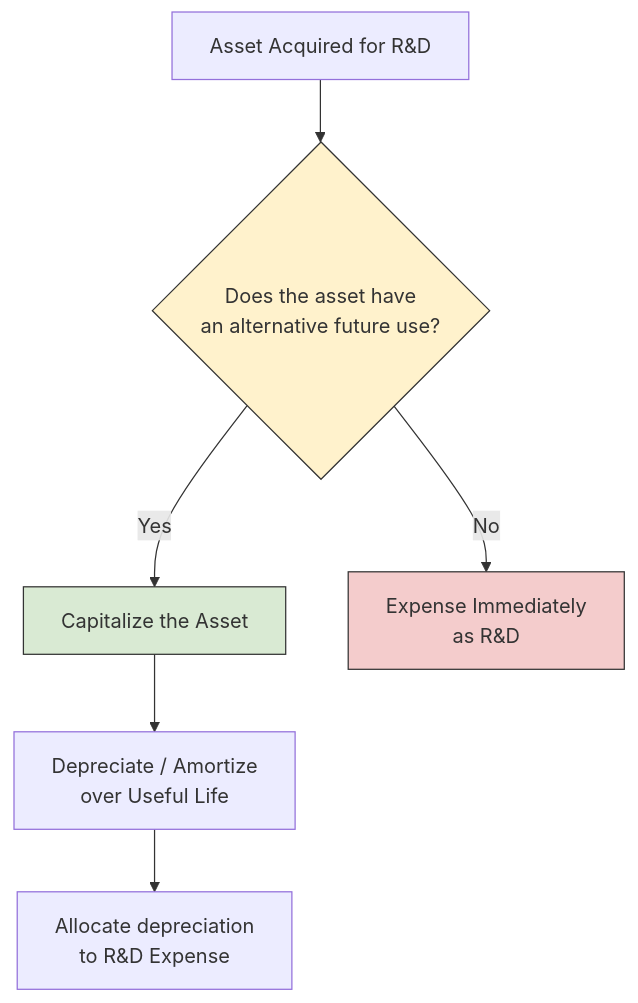
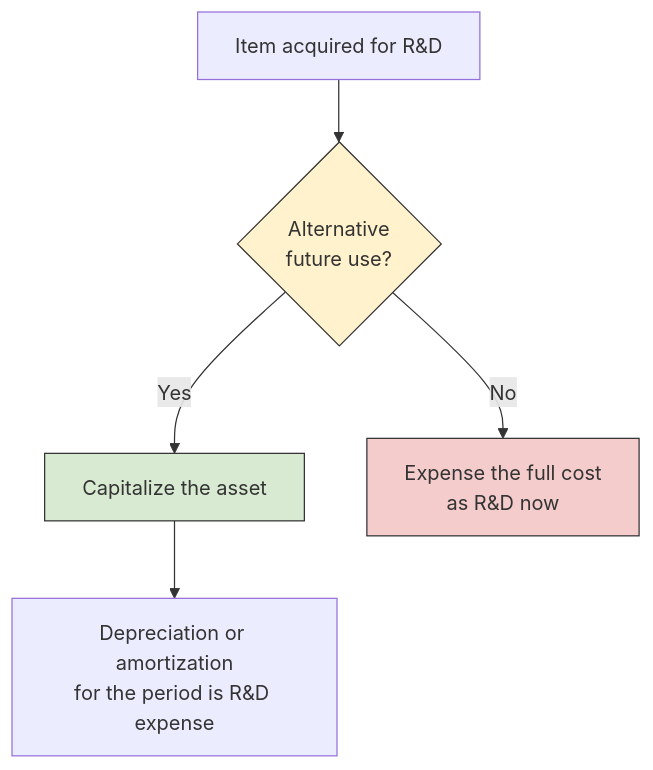
Before and after one commit to subwaymatch/cpabear-book: the diagram in docs/bar/technical-accounting-assets-and-revenue/research-and-development-costs.md, drawn with Mermaid. The commit also changed other lines of this file and 204 other files, not shown here.

First line of the commit message:
Update the book for the 2027 CPA Exam Blueprints, fix dark-mode diagrams, add diagram zoom (#49)

````diff
--- a/docs/bar/technical-accounting-assets-and-revenue/research-and-development-costs.md
+++ b/docs/bar/technical-accounting-assets-and-revenue/research-and-development-costs.md
@@ -86,11 +32,10 @@
 ```mermaid
 graph TD
-    A["Asset Acquired for R&D"] --> B{"Does the asset have<br/>an alternative future use?"}
-    B -->|"Yes"| C["Capitalize the Asset"]
-    C --> D["Depreciate / Amortize<br/>over Useful Life"]
-    D --> E["Allocate depreciation<br/>to R&D Expense"]
-    B -->|"No"| F["Expense Immediately<br/>as R&D"]
+    A["Item acquired for R&D"] --> B{"Alternative<br/>future use?"}
+    B -->|Yes| C["Capitalize the asset"]
+    C --> D["Depreciation or amortization<br/>for the period is R&D expense"]
+    B -->|No| F["Expense the full cost<br/>as R&D now"]
     style B fill:#fff2cc,stroke:#333
     style C fill:#d9ead3,stroke:#333
     style F fill:#f4cccc,stroke:#333
 ```
````
